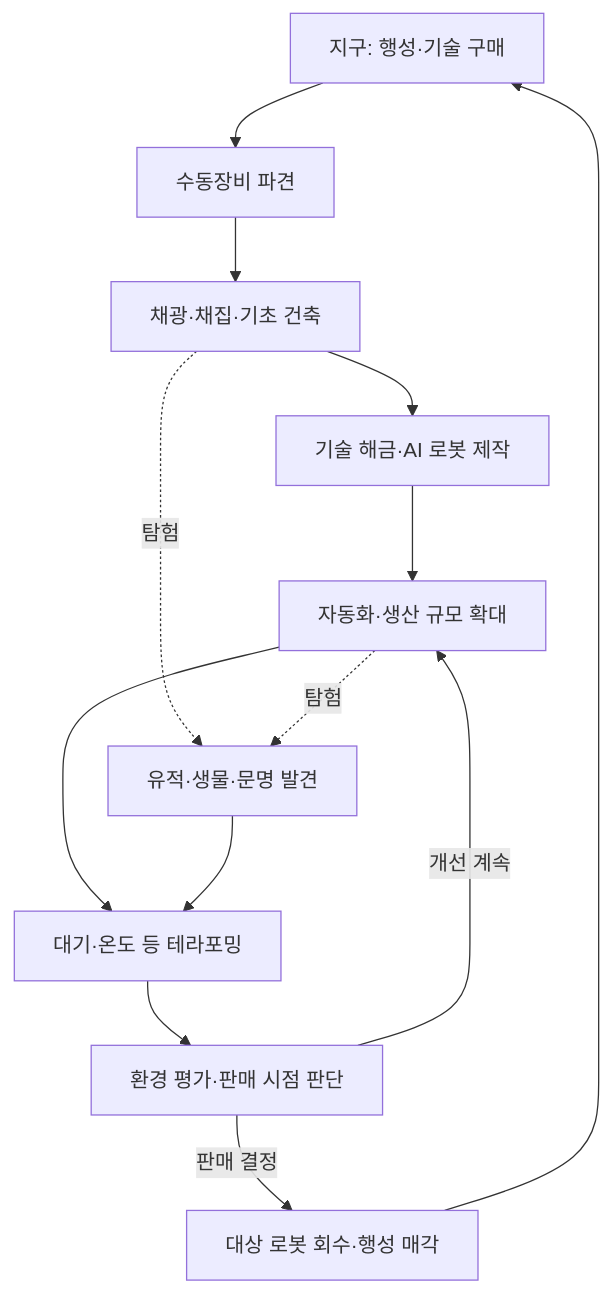
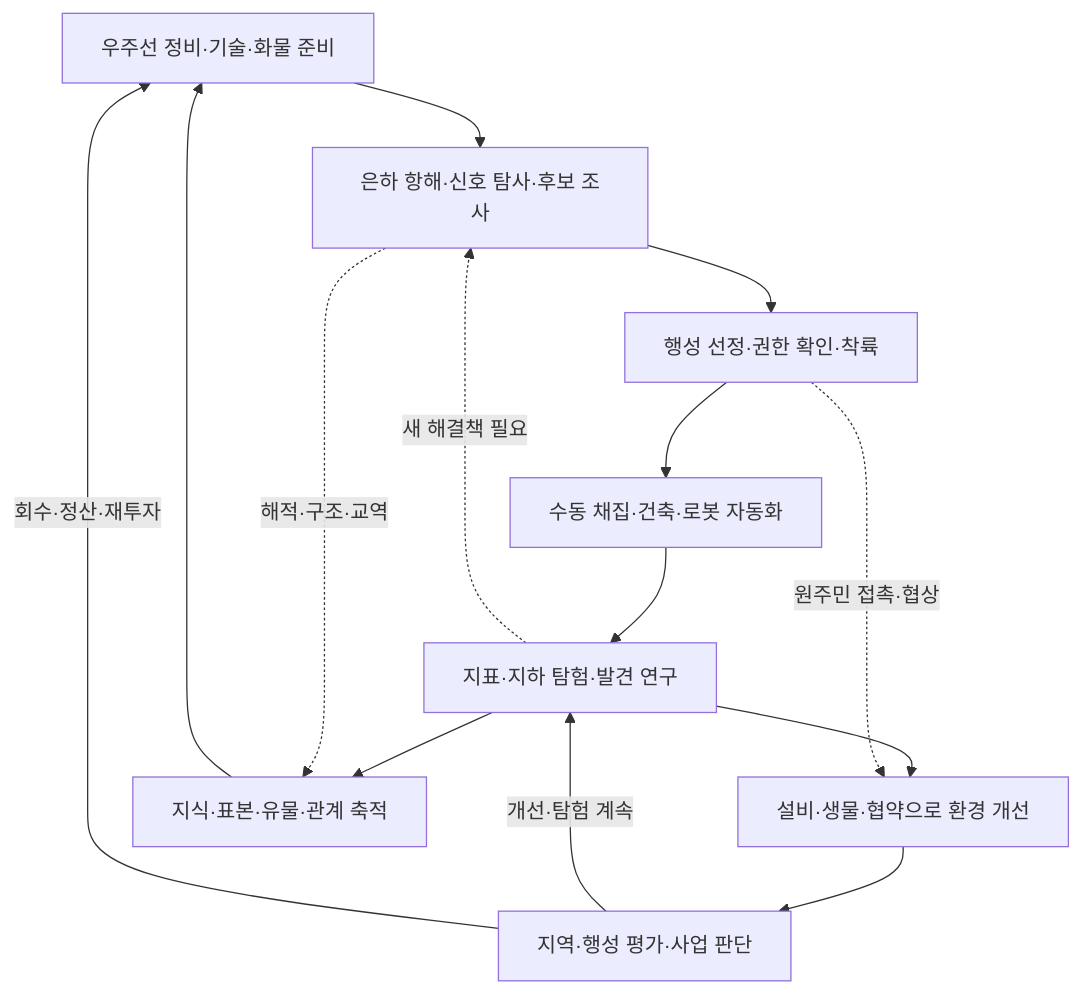
Before and after one commit to destiny187/space-business-man: the diagram in docs/game/01-vision-and-loop.md, drawn with Mermaid. The commit also changed other lines of this file and 25 other files, not shown here.

````diff
--- a/docs/game/01-vision-and-loop.md
+++ b/docs/game/01-vision-and-loop.md
@@ -29,15 +38,16 @@
 ```mermaid
 flowchart TD
-    A[지구: 행성·기술 구매] --> B[수동장비 파견]
-    B --> C[채광·채집·기초 건축]
-    C --> D[기술 해금·AI 로봇 제작]
-    D --> E[자동화·생산 규모 확대]
-    E --> F[대기·온도 등 테라포밍]
-    F --> G[환경 평가·판매 시점 판단]
-    G -->|개선 계속| E
-    G -->|판매 결정| H[대상 로봇 회수·행성 매각]
+    A[우주선 정비·기술·화물 준비] --> B[은하 항해·신호 탐사·후보 조사]
+    B --> C[행성 선정·권한 확인·착륙]
+    C --> D[수동 채집·건축·로봇 자동화]
+    D --> E[지표·지하 탐험·발견 연구]
+    E --> F[설비·생물·협약으로 환경 개선]
+    F --> G[지역·행성 평가·사업 판단]
+    G -->|개선·탐험 계속| E
+    G -->|회수·정산·재투자| A
+    E --> H[지식·표본·유물·관계 축적]
     H --> A
-    C -. 탐험 .-> I[유적·생물·문명 발견]
-    E -. 탐험 .-> I
-    I --> F
+    B -. 해적·구조·교역 .-> H
+    C -. 원주민 접촉·협상 .-> F
+    E -. 새 해결책 필요 .-> B
 ```
````
